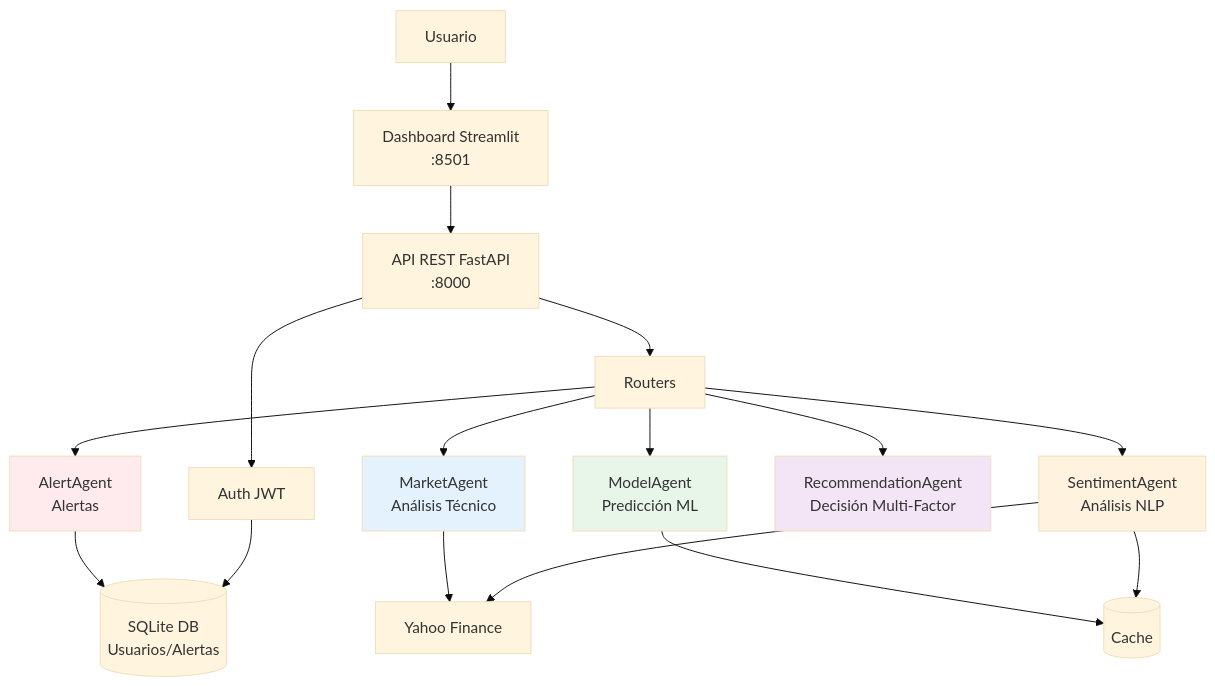
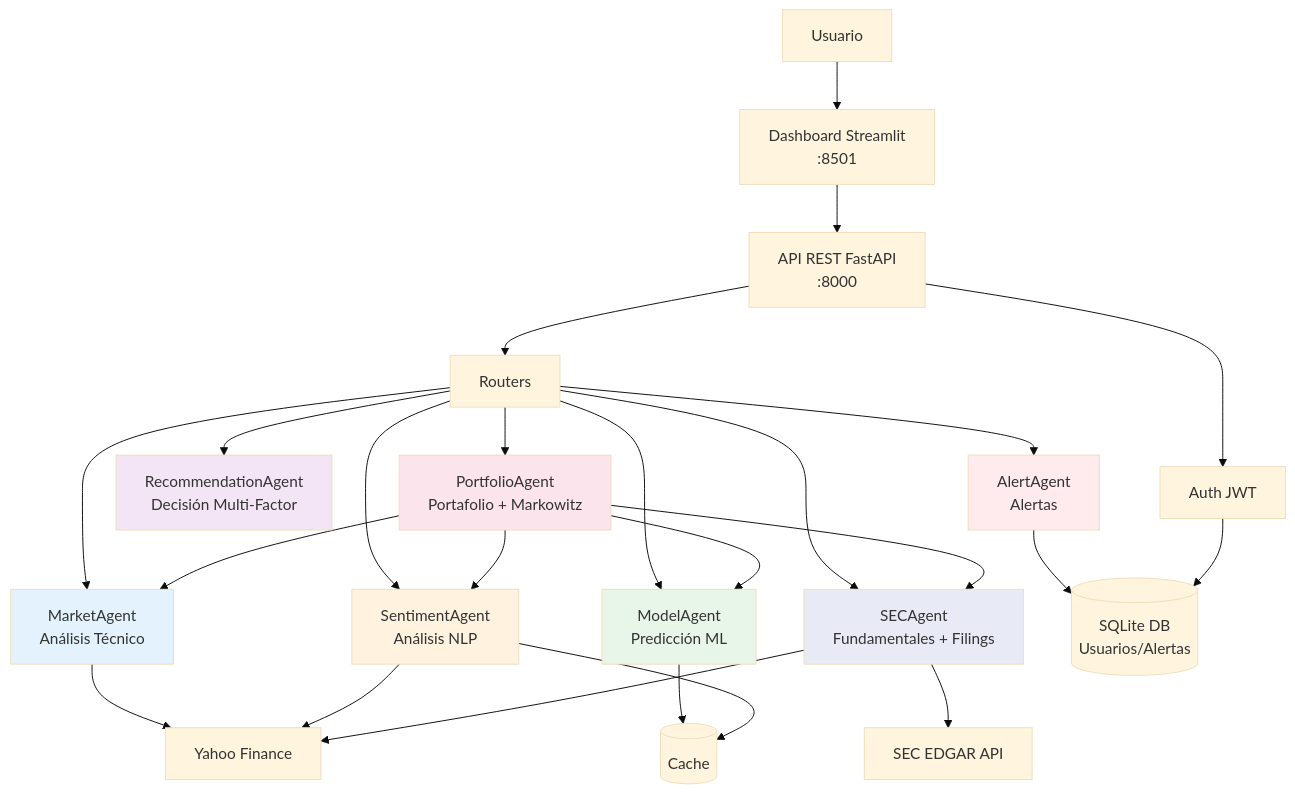
Before and after one commit to fabianacid/tesis_maestria: the diagram in README.md, drawn with Mermaid (base theme). The commit also changed other lines of this file, not shown here.

First line of the commit message:
Actualizar README: documentar SECAgent, PortfolioAgent y dashboard de portafolio

````diff
--- a/README.md
+++ b/README.md
@@ -54,27 +57,37 @@
 ```mermaid
 graph TB
     User[ Usuario] --> Dashboard[ Dashboard Streamlit<br/>:8501]
     Dashboard --> API[ API REST FastAPI<br/>:8000]
     API --> Auth[ Auth JWT]
     API --> Router1[ Routers]
 
     Router1 --> MA[ MarketAgent<br/>Análisis Técnico]
     Router1 --> MOA[ ModelAgent<br/>Predicción ML]
     Router1 --> SA[ SentimentAgent<br/>Análisis NLP]
     Router1 --> RA[ RecommendationAgent<br/>Decisión Multi-Factor]
     Router1 --> AA[ AlertAgent<br/>Alertas]
+    Router1 --> SECA[ SECAgent<br/>Fundamentales + Filings]
+    Router1 --> PA[ PortfolioAgent<br/>Portafolio + Markowitz]
 
     MA --> YF[ Yahoo Finance]
     SA --> YF
+    SECA --> YF
+    SECA --> EDGAR[ SEC EDGAR API]
+    PA --> MA
+    PA --> MOA
+    PA --> SA
+    PA --> SECA
     MOA --> Cache[( Cache)]
     SA --> Cache
 
     AA --> DB[( SQLite DB<br/>Usuarios/Alertas)]
     Auth --> DB
 
     style MA fill:#e3f2fd
     style MOA fill:#e8f5e9
     style SA fill:#fff3e0
     style RA fill:#f3e5f5
     style AA fill:#ffebee
+    style SECA fill:#e8eaf6
+    style PA fill:#fce4ec
 ```
````
